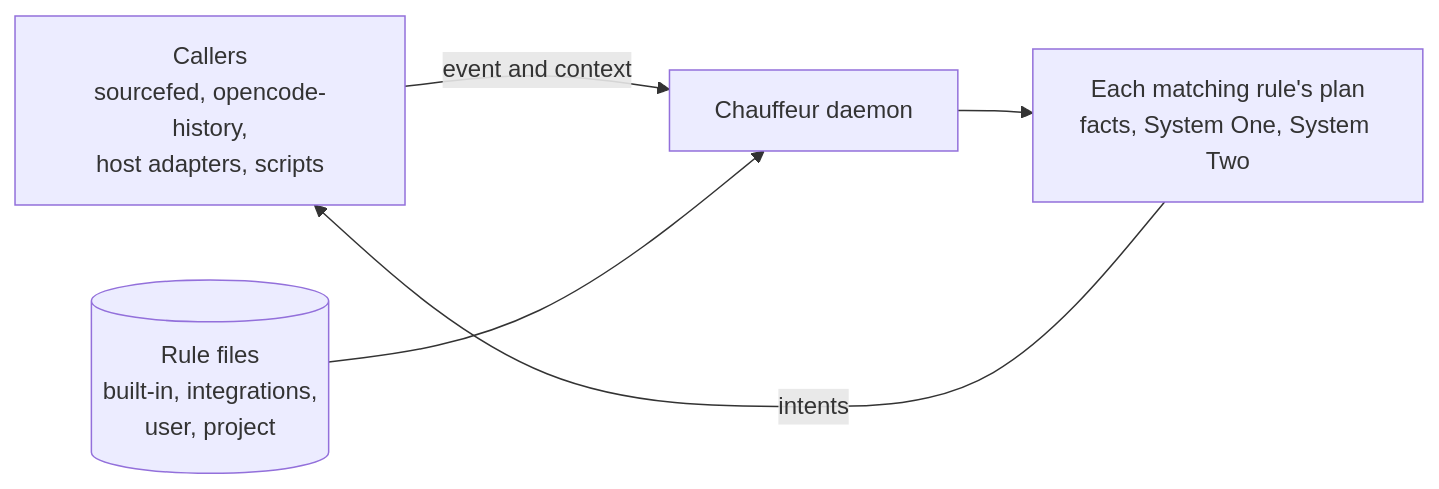
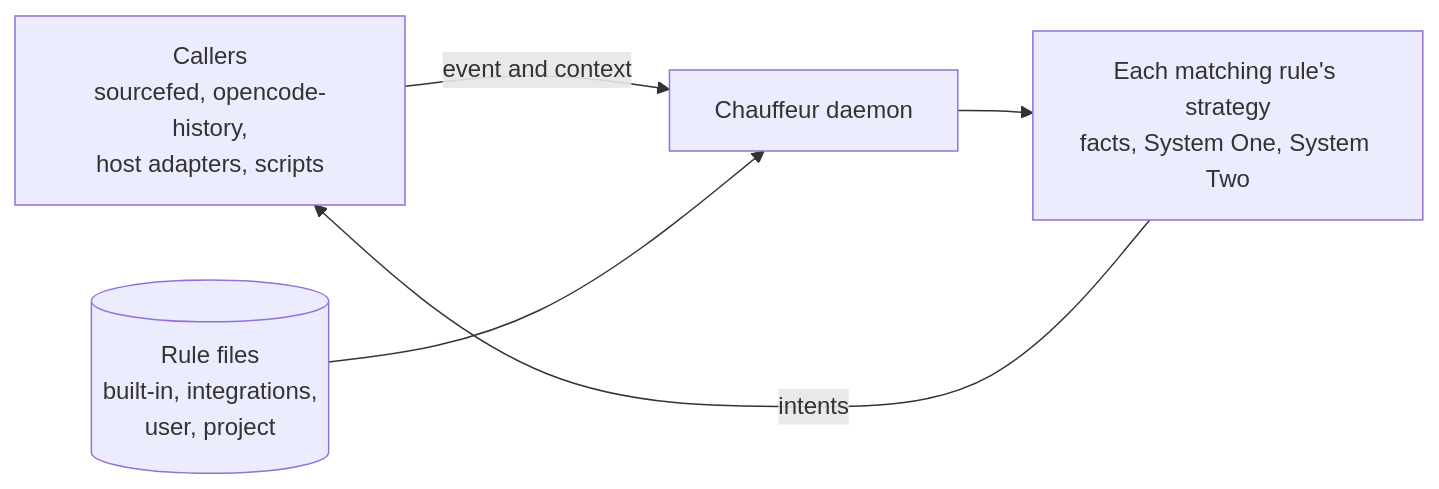
The fourth of 7 diagrams in docs/plans/pluggability.md (StevenJPx2/chauffeur), drawn with Mermaid before and after one commit. The commit also changed other lines of this file and 1 other file, not shown here.

First line of the commit message:
docs(plans): rule layout with judges, asks and strategy; after replaces gates; slice 1 rewrite

````diff
--- a/docs/plans/pluggability.md
+++ b/docs/plans/pluggability.md
@@ -148,7 +148,7 @@
 ```mermaid
 flowchart LR
     Callers["Callers<br/>sourcefed, opencode-history,<br/>host adapters, scripts"] -- "event and context" --> Daemon["Chauffeur daemon"]
     Rules[("Rule files<br/>built-in, integrations,<br/>user, project")] --> Daemon
-    Daemon --> Strategy["Each matching rule's plan<br/>facts, System One, System Two"]
+    Daemon --> Strategy["Each matching rule's strategy<br/>facts, System One, System Two"]
     Strategy -- "intents" --> Callers
 ```
````
